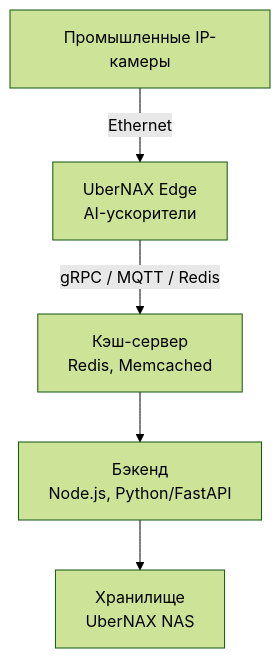
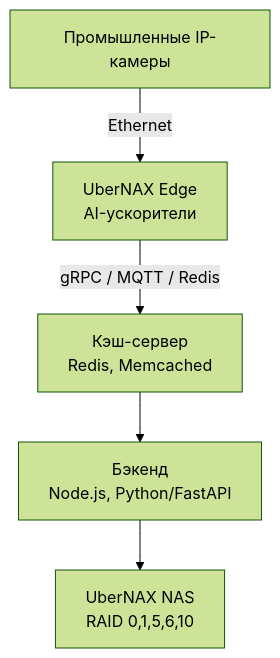
One commit to sdyspb/UberNAX changed the second of 2 diagrams in README.md. Above: the diagram before and after it, drawn with Mermaid (forest theme).

````diff
--- a/README.md
+++ b/README.md
@@ -138,13 +138,13 @@
 ``` mermaid
 flowchart TD
     Cameras[Промышленные IP-камеры]
     Edge[UberNAX Edge<br>AI-ускорители]
     Cache[Кэш-сервер<br>Redis, Memcached]
     Backend[Бэкенд<br>Node.js, Python/FastAPI]
-    Storage[Хранилище<br>UberNAX NAS]
+    Storage[UberNAX NAS<br>RAID 0,1,5,6,10]
 
     Cameras -- Ethernet --> Edge
     Edge -- gRPC / MQTT / Redis --> Cache
     Cache --> Backend
     Backend --> Storage
 ```
````
